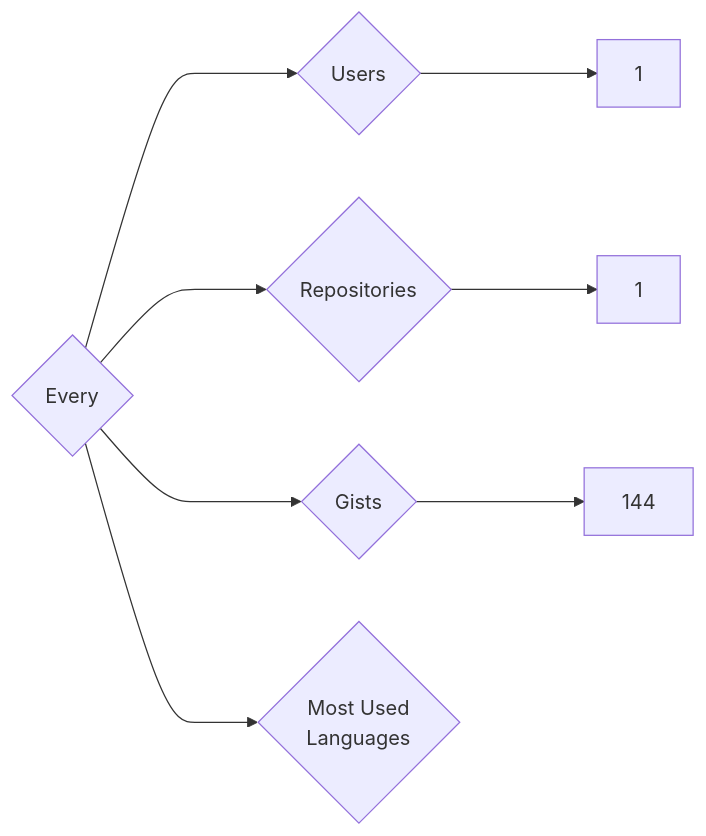
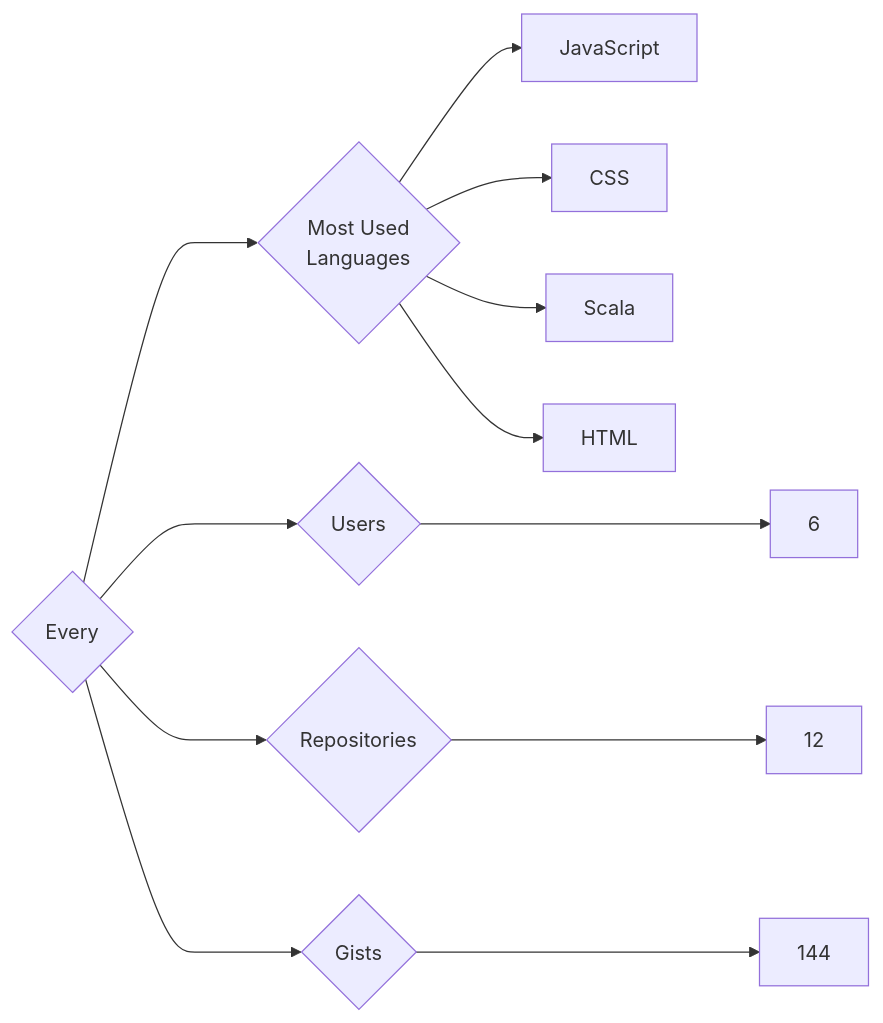
The diagram in targets/Every/README.md (trickest/insiders), drawn with Mermaid before and after one commit. The commit also changed 1149 other files, not shown here.

````diff
--- a/targets/Every/README.md
+++ b/targets/Every/README.md
@@ -3,8 +3,12 @@
 ```mermaid
 graph LR
 COMPANY_NAME{Every}
-COMPANY_NAME ---> U{Users} ---> UN[1]
-COMPANY_NAME ---> R{Repositories} ---> RN[1]
+COMPANY_NAME ---> U{Users} ---> UN[6]
+COMPANY_NAME ---> R{Repositories} ---> RN[12]
 COMPANY_NAME ---> G{Gists} ---> GN[144]
 COMPANY_NAME ---> ML{Most Used<br>Languages}
+ML --> JavaScript[JavaScript]
+ML --> CSS[CSS]
+ML --> Scala[Scala]
+ML --> HTML[HTML]
 ```
````
